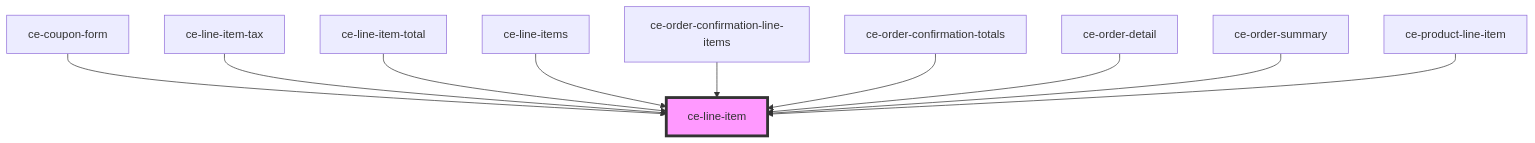
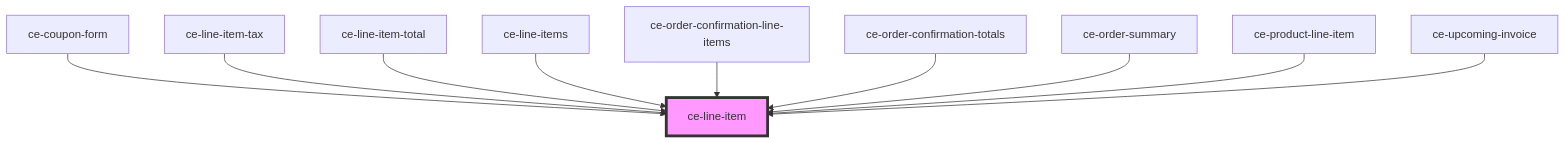
One commit to surecart/surecart-wp-plugin changed the diagram in packages/components/src/components/ui/line-item/readme.md. Above: the diagram before and after it, drawn with Mermaid. The commit also changed other lines of this file and 118 other files, not shown here.

````diff
--- a/packages/components/src/components/ui/line-item/readme.md
+++ b/packages/components/src/components/ui/line-item/readme.md
@@ -53,13 +53,13 @@
 ```mermaid
 graph TD;
   ce-coupon-form --> ce-line-item
   ce-line-item-tax --> ce-line-item
   ce-line-item-total --> ce-line-item
   ce-line-items --> ce-line-item
   ce-order-confirmation-line-items --> ce-line-item
   ce-order-confirmation-totals --> ce-line-item
-  ce-order-detail --> ce-line-item
   ce-order-summary --> ce-line-item
   ce-product-line-item --> ce-line-item
+  ce-upcoming-invoice --> ce-line-item
   style ce-line-item fill:#f9f,stroke:#333,stroke-width:4px
 ```
````
